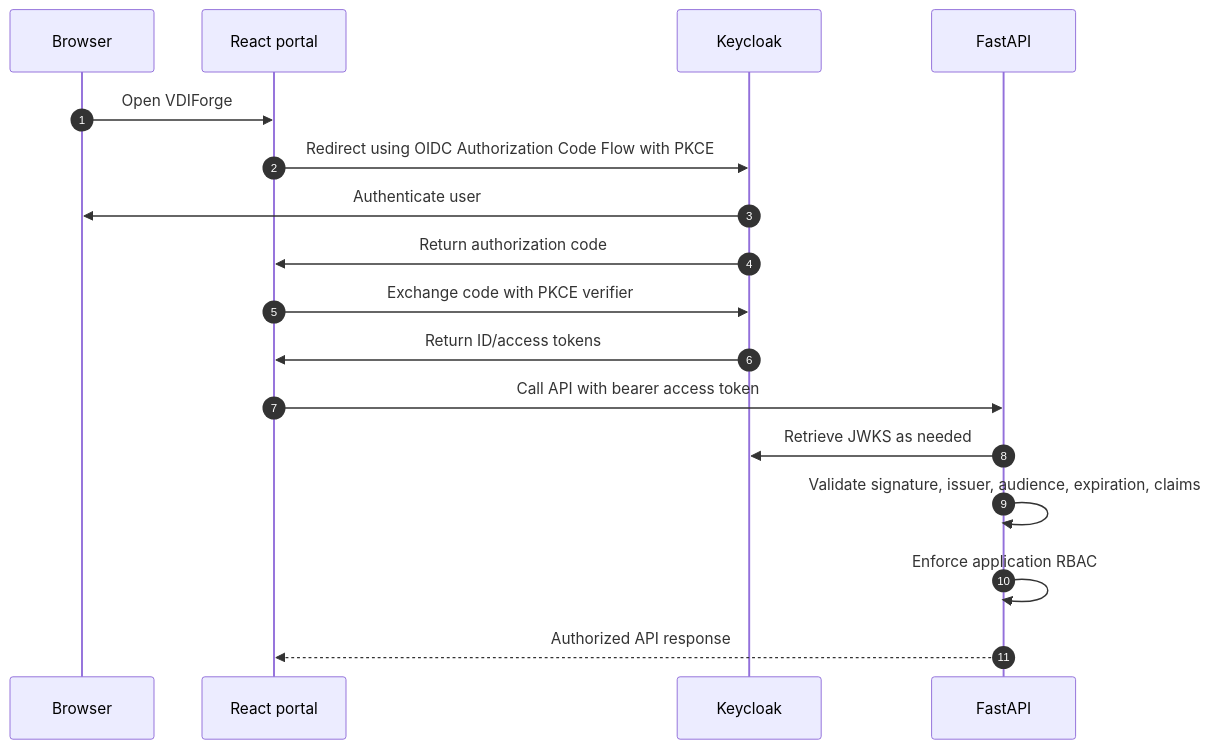
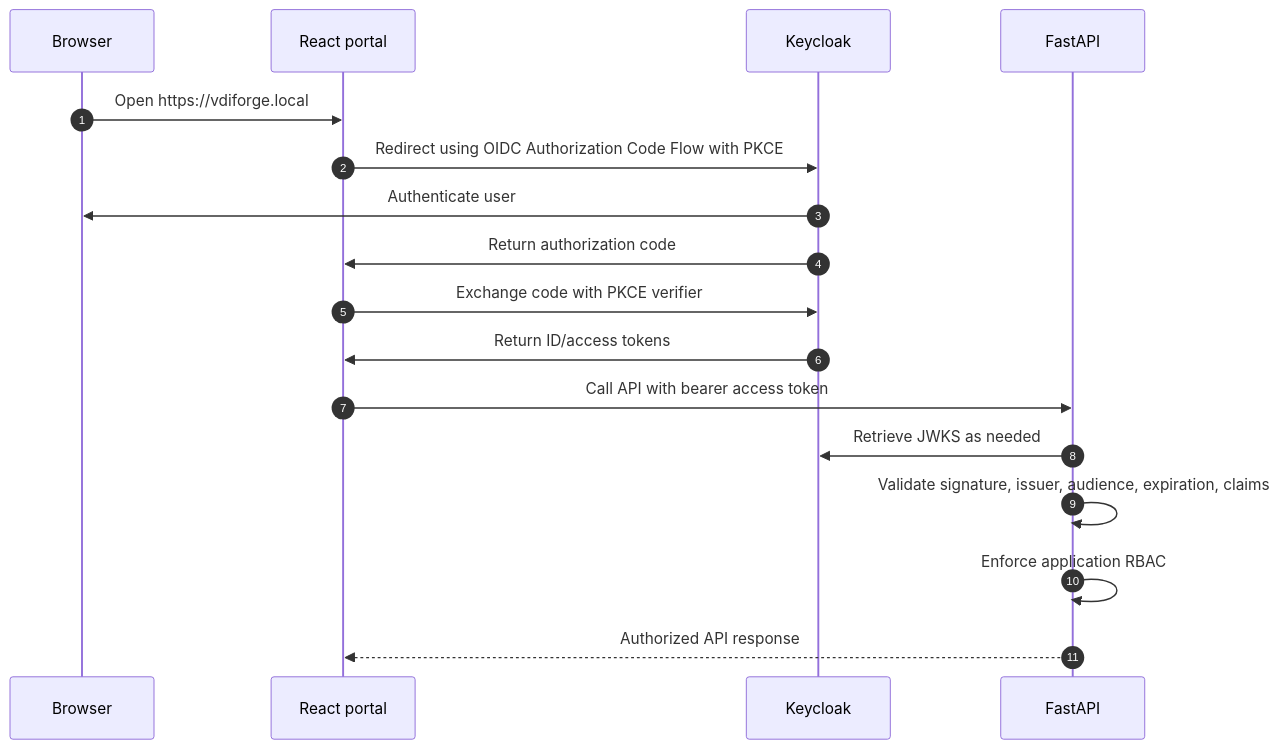
One commit to happelj/VDIForge changed the eighth of 13 diagrams in docs/ARCHITECTURE.md. Above: the diagram before and after it, drawn with Mermaid. The commit also changed other lines of this file and 74 other files, not shown here.

````diff
--- a/docs/ARCHITECTURE.md
+++ b/docs/ARCHITECTURE.md
@@ -248,20 +250,20 @@
 ```mermaid
 sequenceDiagram
   autonumber
   participant B as Browser
   participant P as React portal
   participant K as Keycloak
   participant A as FastAPI
 
-  B->>P: Open VDIForge
+  B->>P: Open https://vdiforge.local
   P->>K: Redirect using OIDC Authorization Code Flow with PKCE
   K->>B: Authenticate user
   K->>P: Return authorization code
   P->>K: Exchange code with PKCE verifier
   K->>P: Return ID/access tokens
   P->>A: Call API with bearer access token
   A->>K: Retrieve JWKS as needed
   A->>A: Validate signature, issuer, audience, expiration, claims
   A->>A: Enforce application RBAC
   A-->>P: Authorized API response
 ```
````
